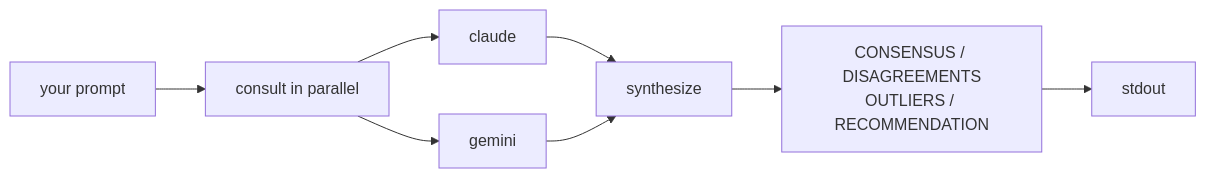
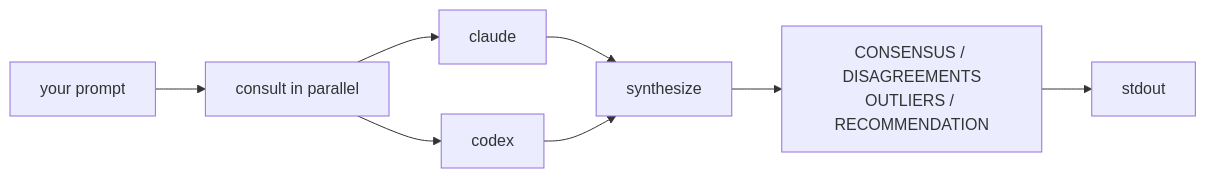
One commit to tofuchick3n/senate changed the diagram in README.md. Above: the diagram before and after it, drawn with Mermaid. The commit also changed other lines of this file and 5 other files, not shown here.

First line of the commit message:
feat(codex): add OpenAI Codex as default advisor; gemini → opt-in (#39)

````diff
--- a/README.md
+++ b/README.md
@@ -24,10 +24,10 @@
 ```mermaid
 flowchart LR
   P[your prompt] --> CO[consult in parallel]
   CO --> C1[claude]
-  CO --> C2[gemini]
+  CO --> C2[codex]
   C1 --> S[synthesize]
   C2 --> S
   S --> O["CONSENSUS / DISAGREEMENTS<br/>OUTLIERS / RECOMMENDATION"]
   O --> OUT[stdout]
 ```
````
